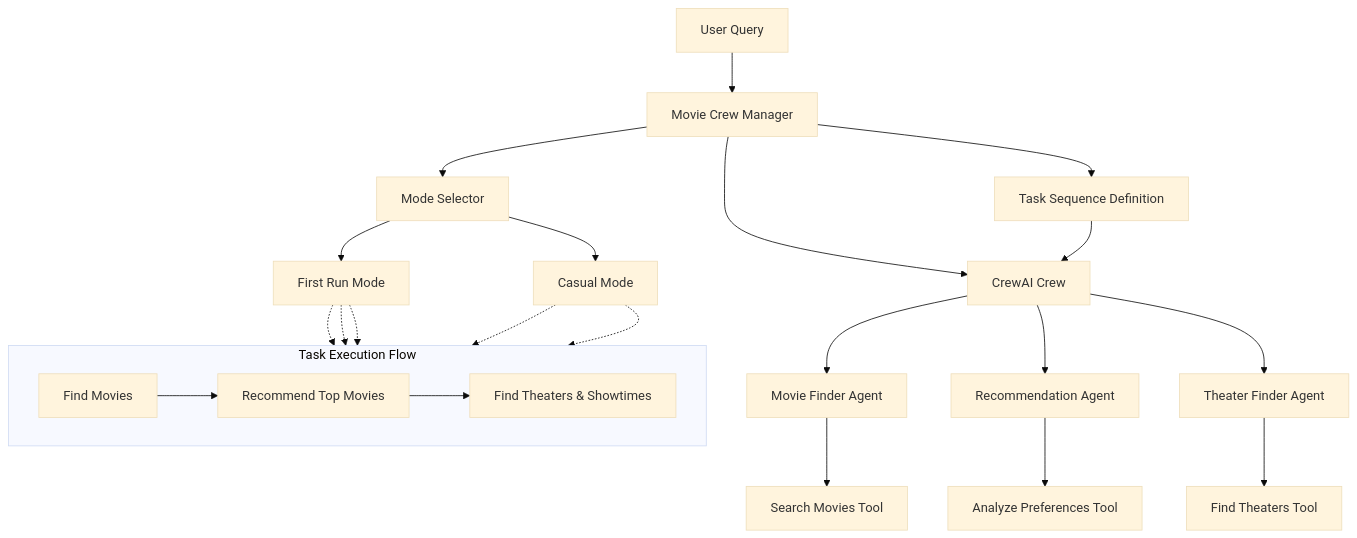
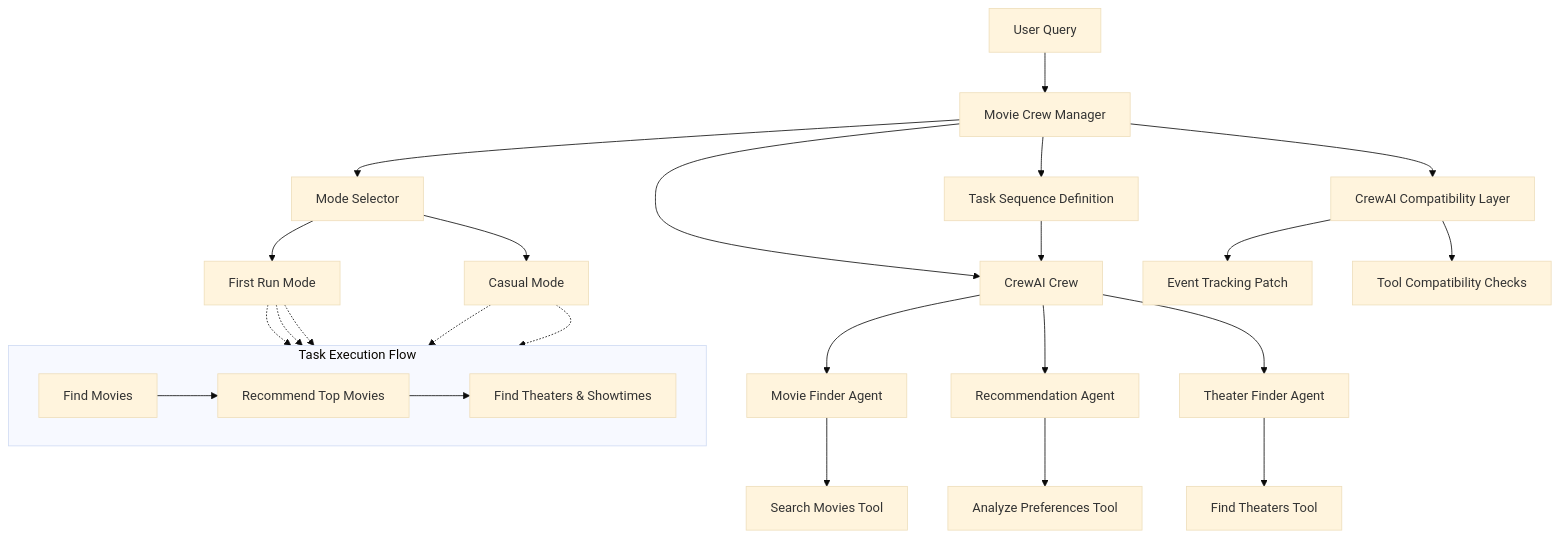
The third of 4 diagrams in py-django-crewai/docs/ARCHITECTURE.md (nkuhn-vmw/tanzu-genai-showcase), drawn with Mermaid (base theme) before and after one commit. The commit also changed other lines of this file and 2 other files, not shown here.

````diff
--- a/py-django-crewai/docs/ARCHITECTURE.md
+++ b/py-django-crewai/docs/ARCHITECTURE.md
@@ -840,33 +840,37 @@
 ```mermaid
 graph TD
     User[User Query] --> Manager[Movie Crew Manager]
     Manager --> Crew[CrewAI Crew]
 
     Crew --> A1[Movie Finder Agent]
     Crew --> A2[Recommendation Agent]
     Crew --> A3[Theater Finder Agent]
 
     A1 --> T1[Search Movies Tool]
     A2 --> T2[Analyze Preferences Tool]
     A3 --> T3[Find Theaters Tool]
 
     Manager --> TaskSequence[Task Sequence Definition]
     TaskSequence --> Crew
 
     subgraph "Task Execution Flow"
         direction LR
         Task1[Find Movies] --> Task2[Recommend Top Movies]
         Task2 --> Task3[Find Theaters & Showtimes]
     end
 
     Manager --> ModeSelector[Mode Selector]
     ModeSelector --> FirstRun[First Run Mode]
     ModeSelector --> Casual[Casual Mode]
 
     FirstRun -.-> Task1
     FirstRun -.-> Task2
     FirstRun -.-> Task3
 
     Casual -.-> Task1
     Casual -.-> Task2
+
+    Manager --> CompatibilityLayer[CrewAI Compatibility Layer]
+    CompatibilityLayer --> EventTracking[Event Tracking Patch]
+    CompatibilityLayer --> ToolCompat[Tool Compatibility Checks]
 ```
````
